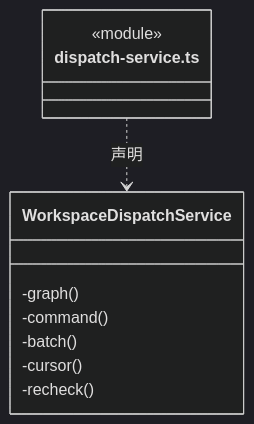
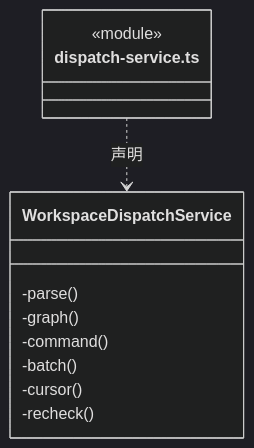
Before and after one commit to nan023062/cbim: the ninth of 15 diagrams in src/logic/dispatch/runtime/ARCHITECTURE.md, drawn with Mermaid (dark theme). The commit also changed other lines of this file and 24 other files, not shown here.

````diff
--- a/src/logic/dispatch/runtime/ARCHITECTURE.md
+++ b/src/logic/dispatch/runtime/ARCHITECTURE.md
@@ -290,14 +290,15 @@
 ```mermaid
 classDiagram
 class N_src_logic_dispatch_runtime_dispatch_service_ts["dispatch-service.ts"] {
   <<module>>
 }
 class N_src_logic_dispatch_runtime_dispatch_service_ts_WorkspaceDispatchService["WorkspaceDispatchService"] {
+  -parse()
   -graph()
   -command()
   -batch()
   -cursor()
   -recheck()
 }
 N_src_logic_dispatch_runtime_dispatch_service_ts ..> N_src_logic_dispatch_runtime_dispatch_service_ts_WorkspaceDispatchService : 声明
 ```
````
